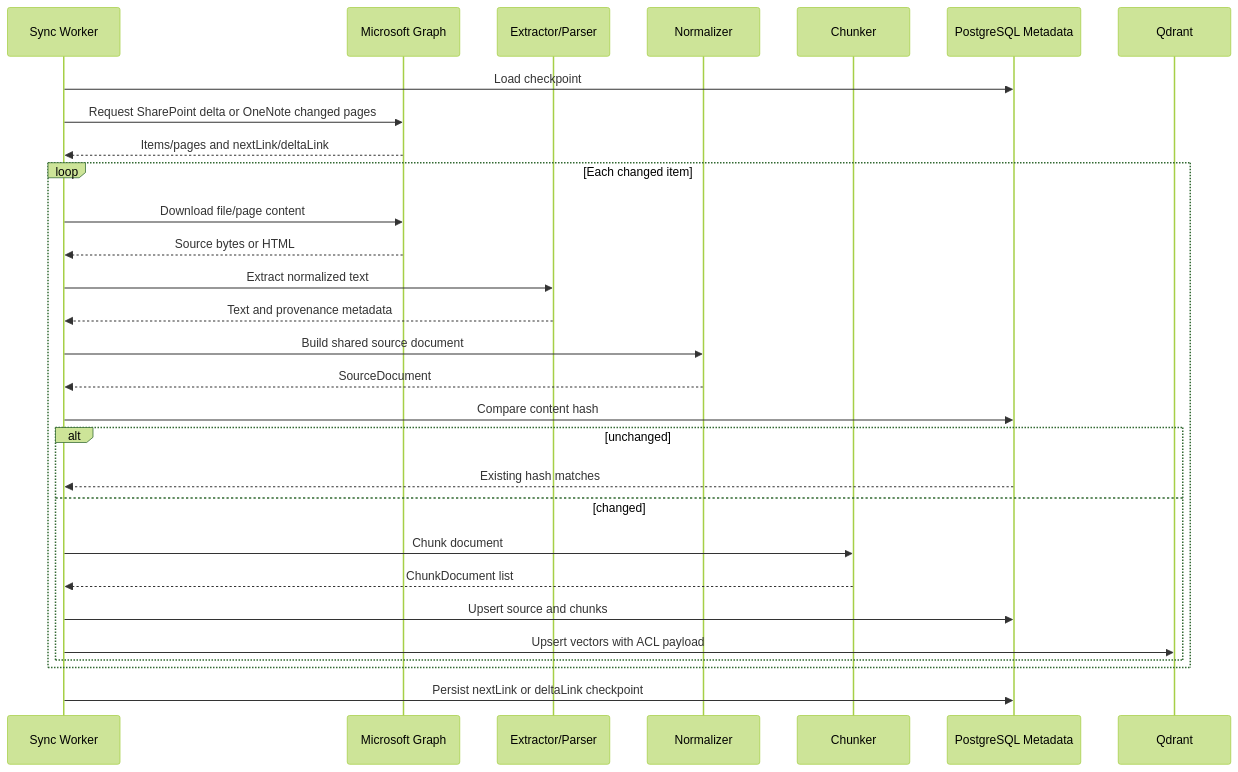
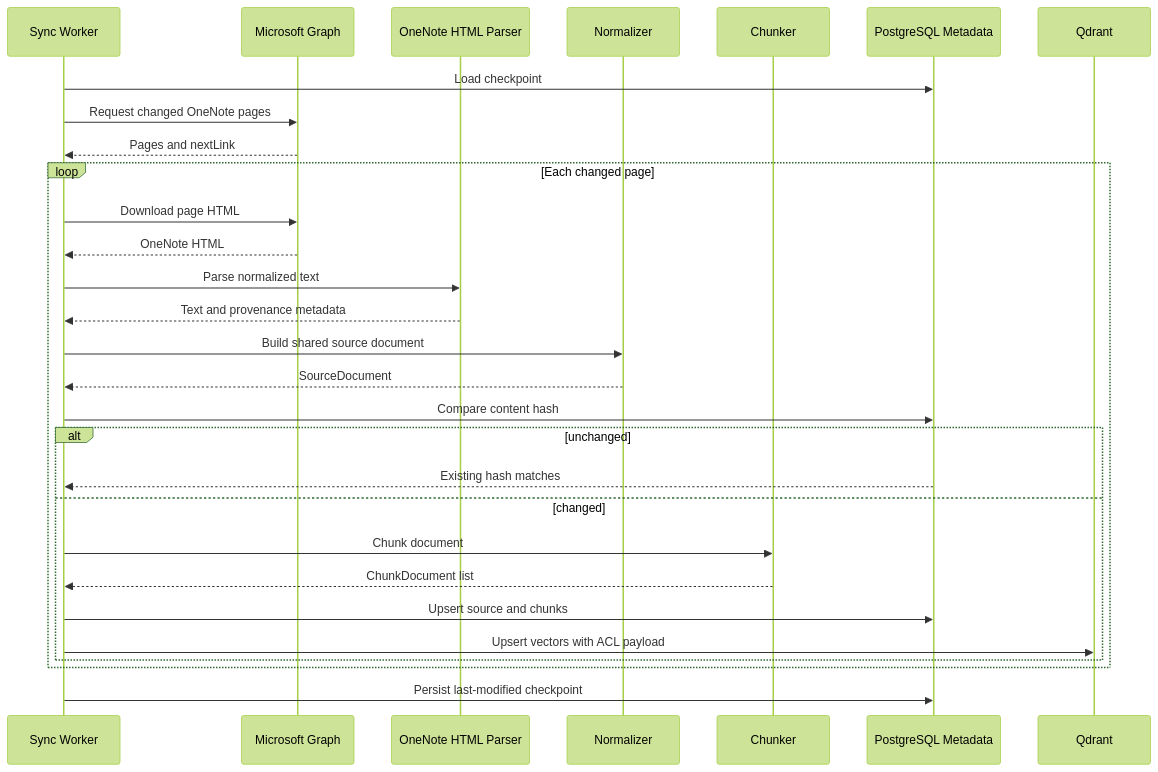
Before and after one commit to mstoyanov7/company-knowledge-cloud-rag: the diagram in docs/diagrams/ingestion-sequence.md, drawn with Mermaid (forest theme). The commit also changed 76 other files, not shown here.

````diff
--- a/docs/diagrams/ingestion-sequence.md
+++ b/docs/diagrams/ingestion-sequence.md
@@ -3,32 +3,32 @@
 ```mermaid
 sequenceDiagram
     participant Worker as Sync Worker
     participant Graph as Microsoft Graph
-    participant Extractor as Extractor/Parser
+    participant Parser as OneNote HTML Parser
     participant Normalizer as Normalizer
     participant Chunker as Chunker
     participant Metadata as PostgreSQL Metadata
     participant Vector as Qdrant
 
     Worker->>Metadata: Load checkpoint
-    Worker->>Graph: Request SharePoint delta or OneNote changed pages
-    Graph-->>Worker: Items/pages and nextLink/deltaLink
-    loop Each changed item
-        Worker->>Graph: Download file/page content
-        Graph-->>Worker: Source bytes or HTML
-        Worker->>Extractor: Extract normalized text
-        Extractor-->>Worker: Text and provenance metadata
+    Worker->>Graph: Request changed OneNote pages
+    Graph-->>Worker: Pages and nextLink
+    loop Each changed page
+        Worker->>Graph: Download page HTML
+        Graph-->>Worker: OneNote HTML
+        Worker->>Parser: Parse normalized text
+        Parser-->>Worker: Text and provenance metadata
         Worker->>Normalizer: Build shared source document
         Normalizer-->>Worker: SourceDocument
         Worker->>Metadata: Compare content hash
         alt unchanged
             Metadata-->>Worker: Existing hash matches
         else changed
             Worker->>Chunker: Chunk document
             Chunker-->>Worker: ChunkDocument list
             Worker->>Metadata: Upsert source and chunks
             Worker->>Vector: Upsert vectors with ACL payload
         end
     end
-    Worker->>Metadata: Persist nextLink or deltaLink checkpoint
+    Worker->>Metadata: Persist last-modified checkpoint
 ```
````
